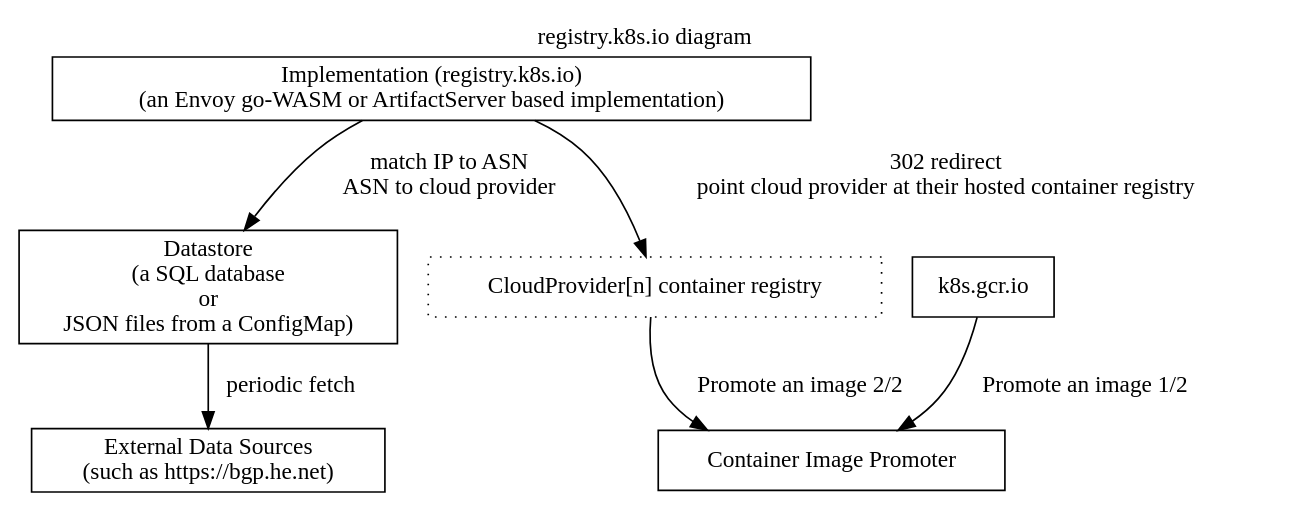
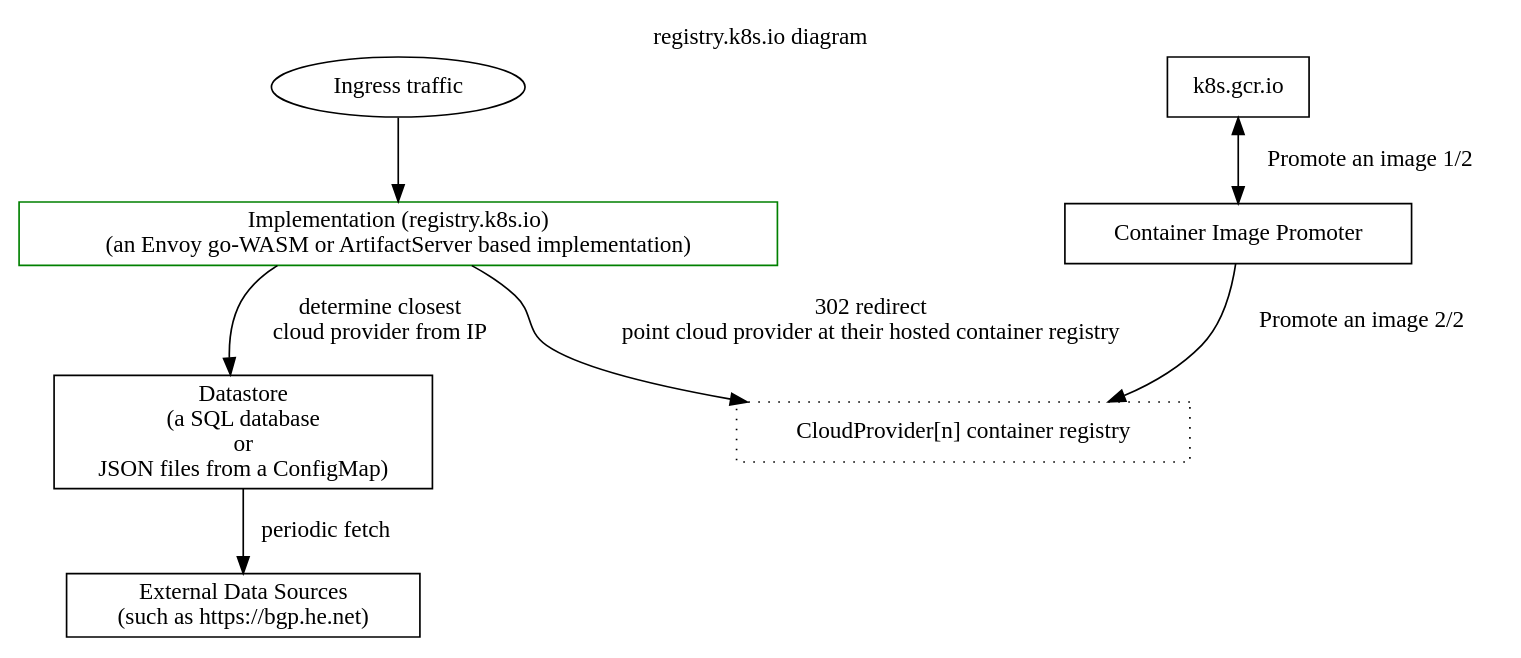
One commit to cncf-infra/prow-config changed the first of 2 diagrams in docs/presentations/k8s-infra-wg-2021-05-27/registry-k8s-io-demo.org. Above: the diagram before and after it, drawn with Graphviz.

Commit message:
Update diagram

```diff
--- a/docs/presentations/k8s-infra-wg-2021-05-27/registry-k8s-io-demo.org
+++ b/docs/presentations/k8s-infra-wg-2021-05-27/registry-k8s-io-demo.org
@@ -247,21 +247,23 @@
 #+begin_src dot :file registry-k8s-io-diagram.svg
 digraph G {
     label="registry.k8s.io diagram"
     labelloc="t"
     graph[compound=true]
 
+    IngressTraffic [label="Ingress traffic"]
     ExternalDataSources [label="External data sources\n(find ASN data)"]
     Datastore [label="Datastore\n(a SQL database\nor\nJSON files from a ConfigMap)" shape=rectangle]
-    Implementation [label="Implementation (registry.k8s.io)\n(an Envoy go-WASM or ArtifactServer based implementation)" shape=rectangle]
+    Implementation [label="Implementation (registry.k8s.io)\n(an Envoy go-WASM or ArtifactServer based implementation)" shape=rectangle color="green"]
     CloudProvider [label="CloudProvider[n] container registry" shape=rectangle style="dotted"]
     K8sDotGCRDotIO [label="k8s.gcr.io" shape=rectangle]
     CIP [label="Container Image Promoter" shape=rectangle]
     ExternalDataSources [label="External Data Sources\n(such as https://bgp.he.net)" shape=rectangle]
 
     Datastore -> ExternalDataSources [label="periodic fetch"]
-    Implementation -> Datastore [label="match IP to ASN\nASN to cloud provider"]
+    IngressTraffic -> Implementation
+    Implementation -> Datastore [label="determine closest\ncloud provider from IP"]
     Implementation -> CloudProvider [label="302 redirect\npoint cloud provider at their hosted container registry"]
-    K8sDotGCRDotIO -> CIP [label="Promote an image 1/2"]
-    CloudProvider -> CIP [label="Promote an image 2/2"]
+    K8sDotGCRDotIO -> CIP [label="Promote an image 1/2" dir=both]
+    CIP -> CloudProvider [label="Promote an image 2/2"]
 }
 #+end_src
```
